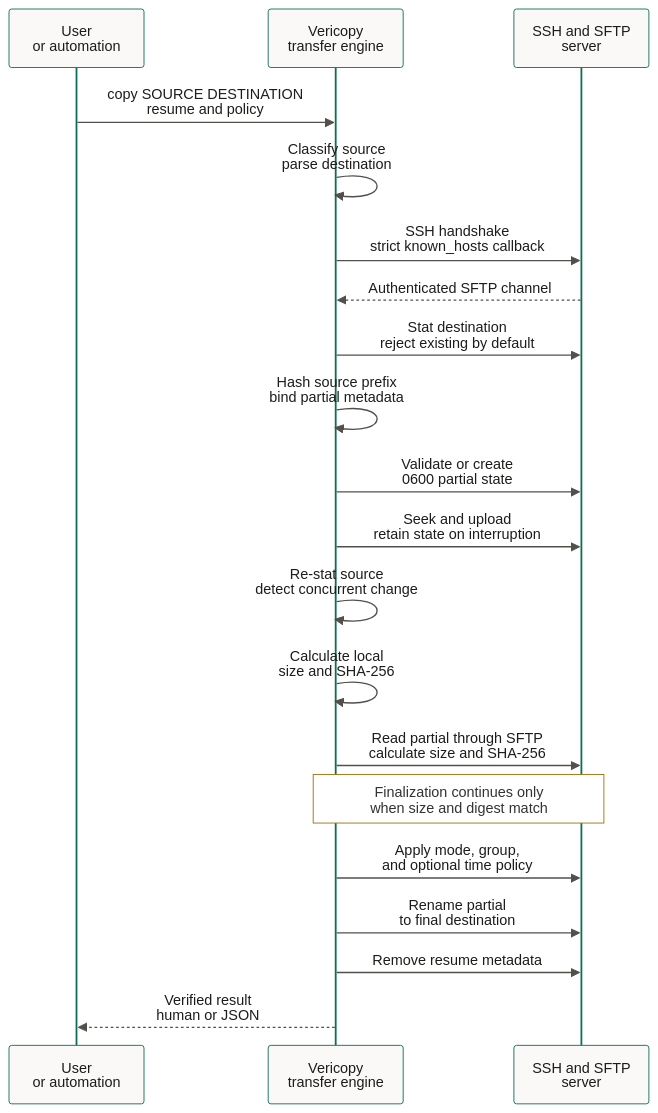
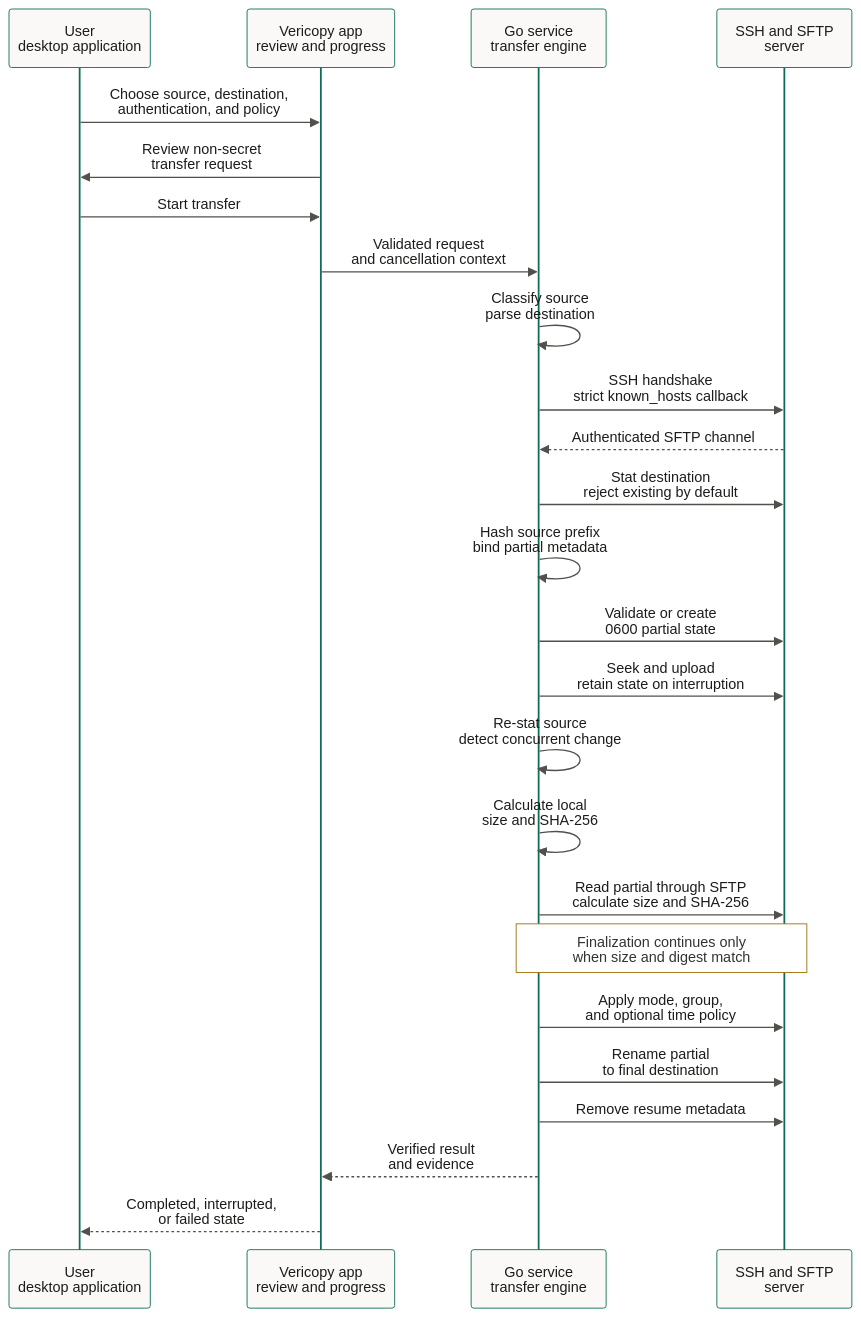
Before and after one commit to bashatahamal/vericopy: the second of 2 diagrams in docs/architecture.md, drawn with Mermaid. The commit also changed other lines of this file and 14 other files, not shown here.

````diff
--- a/docs/architecture.md
+++ b/docs/architecture.md
@@ -45,36 +51,41 @@
 ```mermaid
 ---
 config:
   theme: base
   themeVariables:
     actorBkg: '#faf9f7'
     actorBorder: '#0e6e55'
     actorTextColor: '#1d1c1a'
     signalColor: '#52504b'
     signalTextColor: '#1d1c1a'
     noteBkgColor: '#ffffff'
     noteBorderColor: '#a16f0b'
     labelBoxBkgColor: '#e6e3dc'
     labelBoxBorderColor: '#0e6e55'
 ---
 sequenceDiagram
-    participant U as User<br>or automation
-    participant V as Vericopy<br>transfer engine
+    participant U as User<br>desktop application
+    participant A as Vericopy app<br>review and progress
+    participant V as Go service<br>transfer engine
     participant S as SSH and SFTP<br>server
-    U->>V: copy SOURCE DESTINATION<br>resume and policy
+    U->>A: Choose source, destination,<br>authentication, and policy
+    A->>U: Review non-secret<br>transfer request
+    U->>A: Start transfer
+    A->>V: Validated request<br>and cancellation context
     V->>V: Classify source<br>parse destination
     V->>S: SSH handshake<br>strict known_hosts callback
     S-->>V: Authenticated SFTP channel
     V->>S: Stat destination<br>reject existing by default
     V->>V: Hash source prefix<br>bind partial metadata
     V->>S: Validate or create<br>0600 partial state
     V->>S: Seek and upload<br>retain state on interruption
     V->>V: Re-stat source<br>detect concurrent change
     V->>V: Calculate local<br>size and SHA-256
     V->>S: Read partial through SFTP<br>calculate size and SHA-256
     Note over V,S: Finalization continues only<br>when size and digest match
     V->>S: Apply mode, group,<br>and optional time policy
     V->>S: Rename partial<br>to final destination
     V->>S: Remove resume metadata
-    V-->>U: Verified result<br>human or JSON
+    V-->>A: Verified result<br>and evidence
+    A-->>U: Completed, interrupted,<br>or failed state
 ```
````
